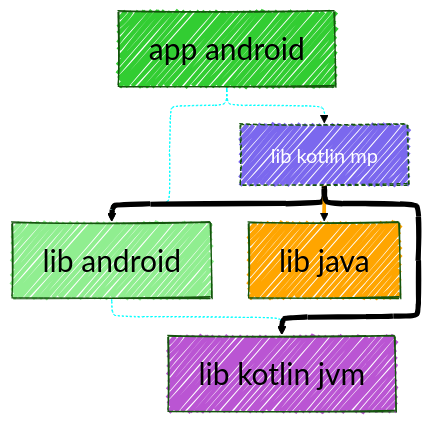
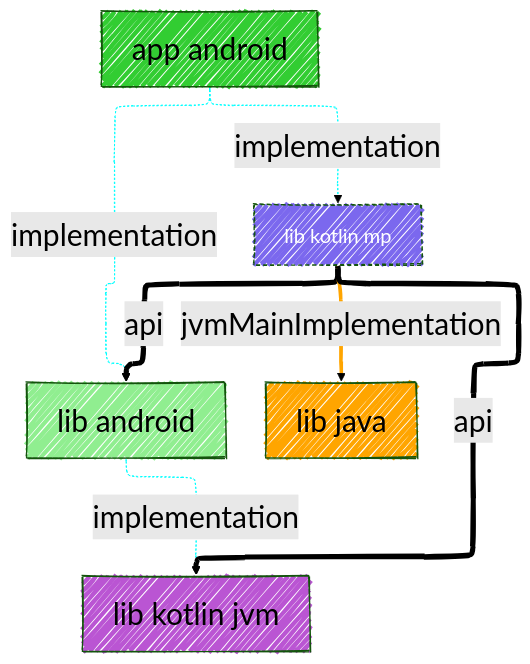
One commit to jonapoul/atlas changed the diagram in samples/sample-mermaid/sample-app-android/modular/chart.mmd. Above: the diagram before and after it, drawn with Mermaid. The commit also changed 35 other files, not shown here.

```diff
--- a/samples/sample-mermaid/sample-app-android/modular/chart.mmd
+++ b/samples/sample-mermaid/sample-app-android/modular/chart.mmd
@@ -1,44 +1,44 @@
 ---
 config:
   layout: elk
   look: handDrawn
   theme: forest
   elk:
     mergeEdges: true
     forceNodeModelOrder: true
     nodePlacementStrategy: LINEAR_SEGMENTS
     cycleBreakingStrategy: INTERACTIVE
     considerModelOrder: PREFER_EDGES
   themeVariables:
     background: #FFF
     fontFamily: arial
     lineColor: #55FF55
     primaryBorderColor: #FF5555
     primaryColor: #ABC123
     darkMode: true
     fontSize: 30px
     defaultLinkColor: #5555FF
 ---
 graph TD
   app_android["app android"]
   lib_android["lib android"]
   lib_java["lib java"]
   lib_kotlin_jvm["lib kotlin jvm"]
   lib_kotlin_mp["lib kotlin mp"]
   style app_android fill:limegreen,fillcolor:limegreen
   style lib_android fill:lightgreen,fillcolor:lightgreen
   style lib_java fill:orange,fillcolor:orange
   style lib_kotlin_jvm fill:mediumorchid,fillcolor:mediumorchid
   style lib_kotlin_mp fill:mediumslateblue,color:white,stroke-dasharray:4 3 2 1,font-size:20px,fillcolor:mediumslateblue
-  app_android -.-> lib_android
+  app_android -.implementation.-> lib_android
   linkStyle 0 stroke:aqua
-  app_android -.-> lib_kotlin_mp
+  app_android -.implementation.-> lib_kotlin_mp
   linkStyle 1 stroke:aqua
-  lib_android -.-> lib_kotlin_jvm
+  lib_android -.implementation.-> lib_kotlin_jvm
   linkStyle 2 stroke:aqua
-  lib_kotlin_mp --> lib_android
+  lib_kotlin_mp --api--> lib_android
   linkStyle 3 stroke-width:5px
-  lib_kotlin_mp ==> lib_java
+  lib_kotlin_mp ==jvmMainImplementation==> lib_java
   linkStyle 4 stroke:orange
-  lib_kotlin_mp --> lib_kotlin_jvm
+  lib_kotlin_mp --api--> lib_kotlin_jvm
   linkStyle 5 stroke-width:5px
```
